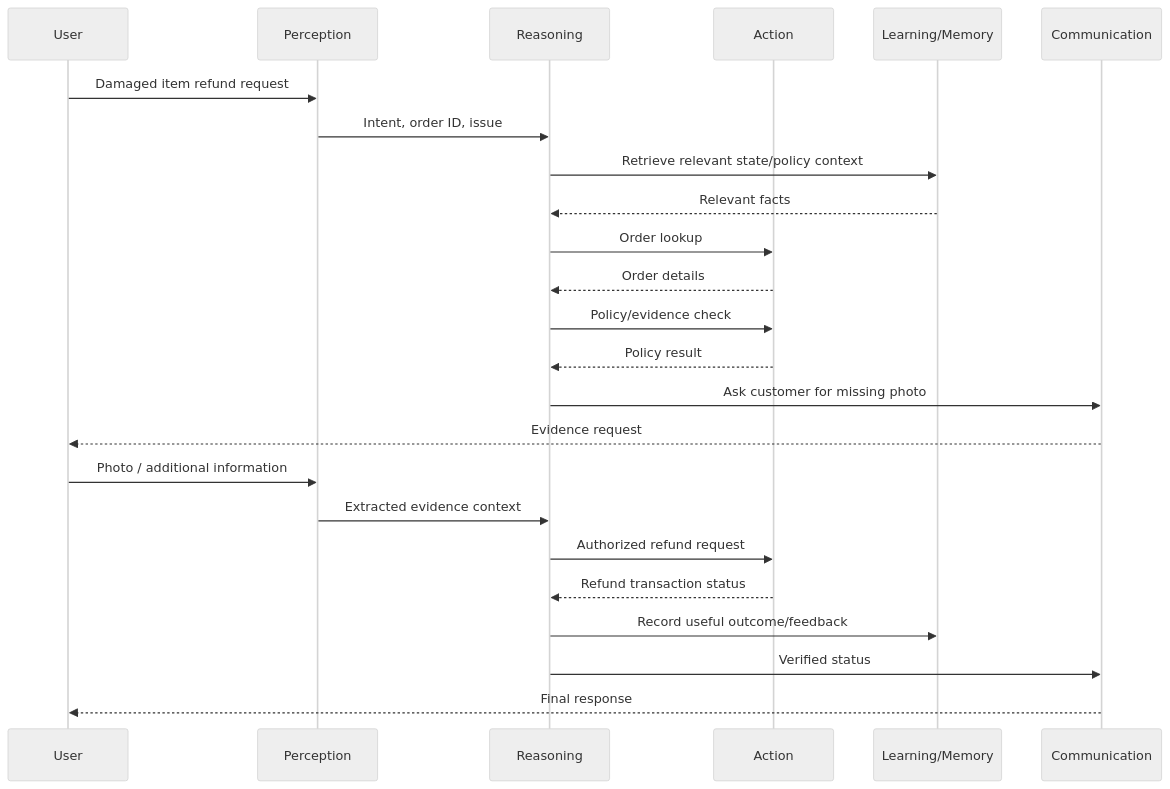
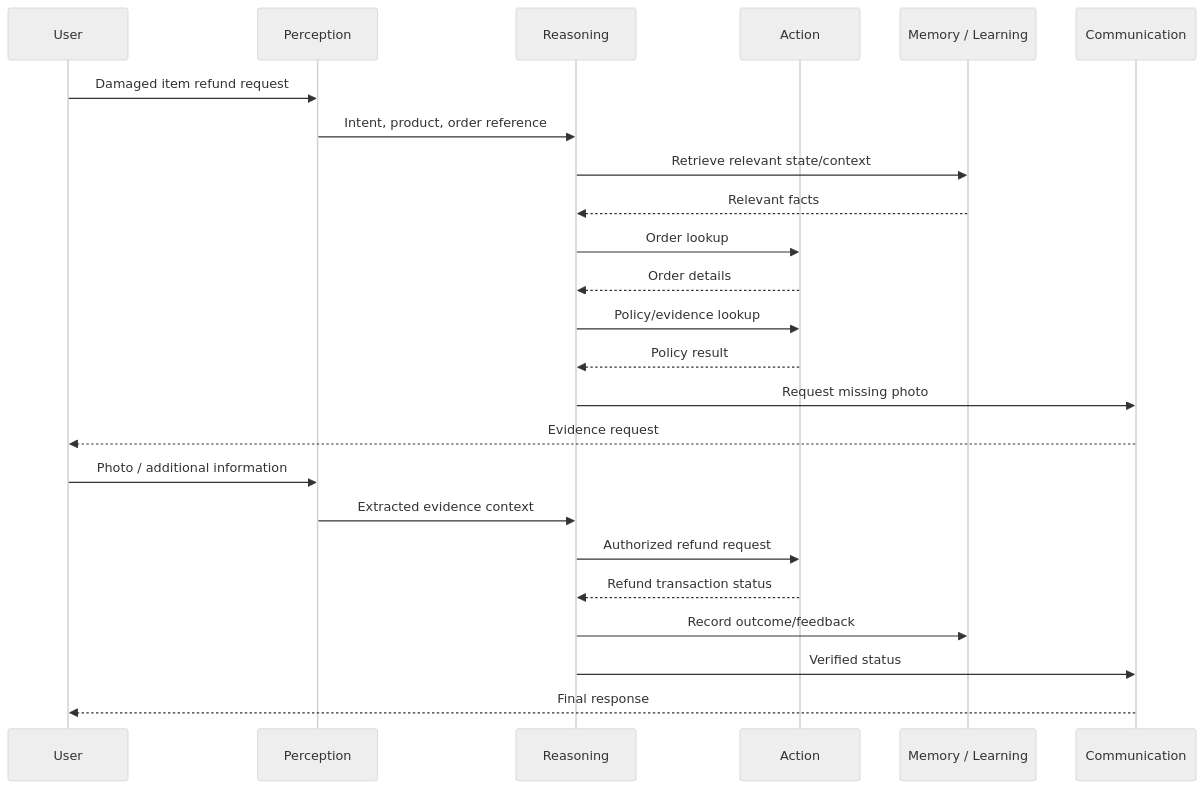
Before and after one commit to shomi-khan/preparation: the third of 3 diagrams in notes/module-01-from-answering-to-doing/02-agent-core-subsystems.md, drawn with Mermaid (neutral theme). The commit also changed other lines of this file, not shown here.

````diff
--- a/notes/module-01-from-answering-to-doing/02-agent-core-subsystems.md
+++ b/notes/module-01-from-answering-to-doing/02-agent-core-subsystems.md
@@ -233,26 +251,26 @@
 ```mermaid
 sequenceDiagram
     participant U as User
     participant P as Perception
     participant R as Reasoning
     participant A as Action
-    participant L as Learning/Memory
+    participant L as Memory / Learning
     participant C as Communication
     U->>P: Damaged item refund request
-    P->>R: Intent, order ID, issue
-    R->>L: Retrieve relevant state/policy context
+    P->>R: Intent, product, order reference
+    R->>L: Retrieve relevant state/context
     L-->>R: Relevant facts
     R->>A: Order lookup
     A-->>R: Order details
-    R->>A: Policy/evidence check
+    R->>A: Policy/evidence lookup
     A-->>R: Policy result
-    R->>C: Ask customer for missing photo
+    R->>C: Request missing photo
     C-->>U: Evidence request
     U->>P: Photo / additional information
     P->>R: Extracted evidence context
     R->>A: Authorized refund request
     A-->>R: Refund transaction status
-    R->>L: Record useful outcome/feedback
+    R->>L: Record outcome/feedback
     R->>C: Verified status
     C-->>U: Final response
 ```
````
